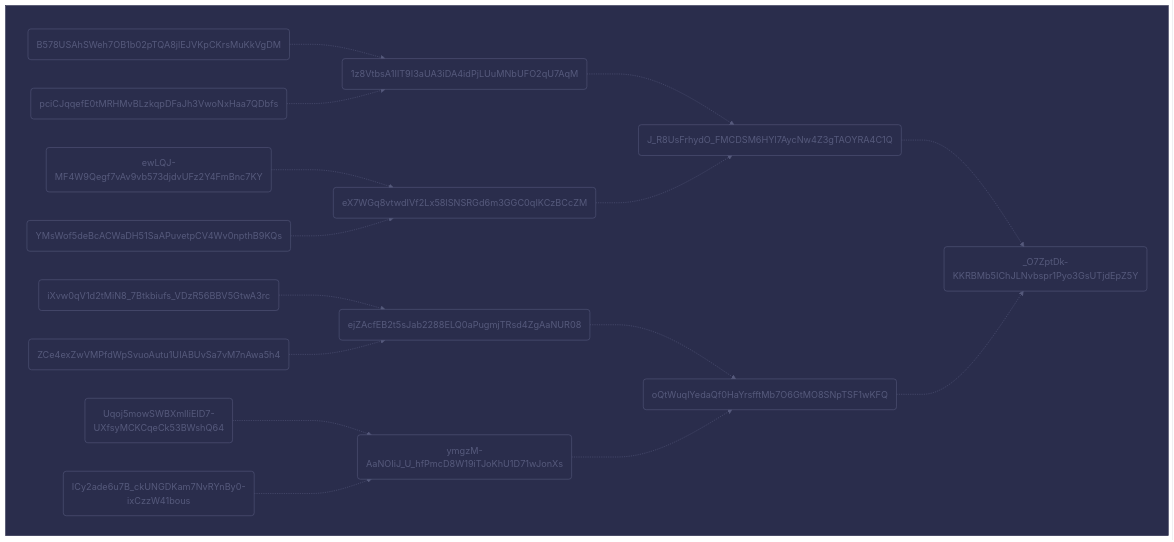
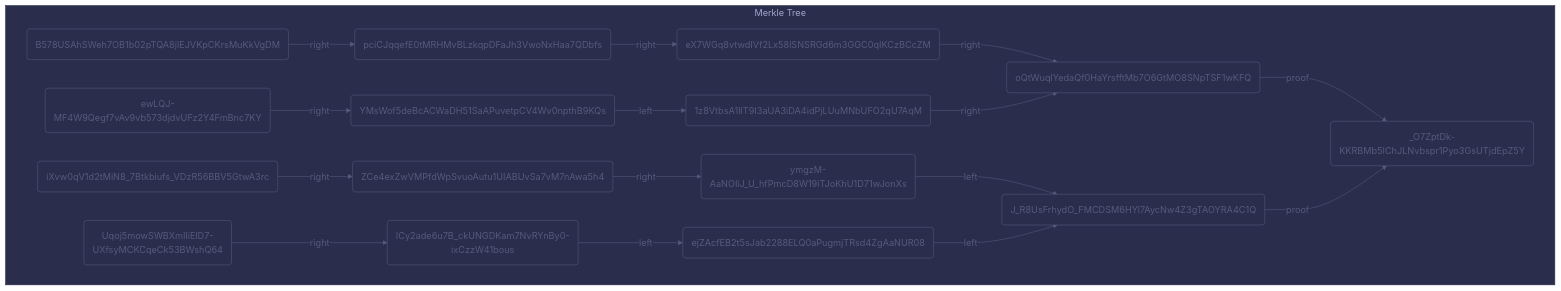
The diagram in packages/merkle-proof/src/mermaid-representation/__tests__/full-tree.mermaid.md (transmute-industries/verifiable-data), drawn with Mermaid before and after one commit. The commit also changed 10 other files, not shown here.

Commit message:
mostly fixed mermaid

````diff
--- a/packages/merkle-proof/src/mermaid-representation/__tests__/full-tree.mermaid.md
+++ b/packages/merkle-proof/src/mermaid-representation/__tests__/full-tree.mermaid.md
@@ -1,52 +1,52 @@
 ```mermaid
 %%{
   init: {
     'flowchart': { 'curve': 'monotoneX' },
     'theme': 'base',
     'themeVariables': {
       'primaryColor': '#2a2d4c',
       'primaryTextColor': '#565a7c',
       'nodeBorder': '#565a7c',
       'edgeLabelBackground': '#2a2d4c',
       'clusterBkg': '#2a2d4c',
       'clusterBorder': '#2a2d4c',
       'lineColor': '#565a7c',
       'fontFamily': 'monospace',
       'darkmode': true
     }
   }
 }%%
 graph LR
-	subgraph &nbsp;
+	subgraph Merkle Tree
 		direction LR
-		fceed9a6d0e4f8a29104c6f92028492cdbdbb29af53f2a371ac5138dd1296796("_O7ZptDk-KKRBMb5IChJLNvbspr1Pyo3GsUTjdEpZ5Y") 
-		27f47c52c16b87274efc53020d233a1d897b03270dc3867781300e6110380b54("J_R8UsFrhydO_FMCDSM6HYl7AycNw4Z3gTAOYRA4C1Q") 
-		a10b56baa95879d6907f41da62bb1f7ed31becee86b4c3bc48da53485d702854("oQtWuqlYedaQf0HaYrsfftMb7O6GtMO8SNpTSF1wKFQ") 
-		d73f15b5bb00d48953f48dda500de20c0e2274f8cb52e30d6d414edaa53b02a3("1z8VtbsA1IlT9I3aUA3iDA4idPjLUuMNbUFO2qU7AqM") 
-		797ed61aaf2fb7074855fd8bc79f2548d49119dea6dc6182d2a20a0b30427193("eX7WGq8vtwdIVf2Lx58lSNSRGd6m3GGC0qIKCzBCcZM") 
-		7a364071f101dade6c25a6f6dbcf042d0d1a3ee8268d346c77866001a354474f("ejZAcfEB2t5sJab2288ELQ0aPugmjTRsd4ZgAaNUR08") 
-		ca683333e01a34e22227f53f85f3e6703f16d7d8932682a15350fbd702689d7b("ymgzM-AaNOIiJ_U_hfPmcD8W19iTJoKhU1D71wJonXs") 
-		079efc5120214967a1ece0756f4da94d003c8e510954aa422abb0cb8a9158033("B578USAhSWeh7OB1b02pTQA8jlEJVKpCKrsMuKkVgDM") 
-		a5c88226aa9e7c4d2d3111ccbc12f392aa4315a261dd5c283711da6bb4036dfb("pciCJqqefE0tMRHMvBLzkqpDFaJh3VwoNxHaa7QDbfs") 
-		7b02d027e305e16f507a07fbbc0bfdbdbe7bddd8ddbd4173d98e059819dceca6("ewLQJ-MF4W9Qegf7vAv9vb573djdvUFz2Y4FmBnc7KY") 
-		60cb16a1fe5d7817000966831f9d526803eebdeb69095e16bf49e9b6107d290b("YMsWof5deBcACWaDH51SaAPuvetpCV4Wv0npthB9KQs") 
-		897bf0d2a575776b4c88df3fec1b646e2b9fb3f543cd1e7a0415791adc00deb7("iXvw0qV1d2tMiN8_7Btkbiufs_VDzR56BBV5GtwA3rc") 
-		6427b87b167054c3df756a52beea00badbb550800152f49aeef33b9c0c1ae61e("ZCe4exZwVMPfdWpSvuoAutu1UIABUvSa7vM7nAwa5h4") 
-		52aa23e66a304960579889621250fbf945dfb32302282a9e0a4e77056b2143ae("Uqoj5mowSWBXmIliElD7-UXfsyMCKCqeCk53BWshQ64") 
-		202cb669d7babbb07f72450d18329a9bb36f4589c1cb4fa2c42cf35b8d5ba2eb("ICy2ade6u7B_ckUNGDKam7NvRYnBy0-ixCzzW41bous") 
-		27f47c52c16b87274efc53020d233a1d897b03270dc3867781300e6110380b54 -.-> fceed9a6d0e4f8a29104c6f92028492cdbdbb29af53f2a371ac5138dd1296796
-		a10b56baa95879d6907f41da62bb1f7ed31becee86b4c3bc48da53485d702854 -.-> fceed9a6d0e4f8a29104c6f92028492cdbdbb29af53f2a371ac5138dd1296796
-		d73f15b5bb00d48953f48dda500de20c0e2274f8cb52e30d6d414edaa53b02a3 -.-> 27f47c52c16b87274efc53020d233a1d897b03270dc3867781300e6110380b54
-		797ed61aaf2fb7074855fd8bc79f2548d49119dea6dc6182d2a20a0b30427193 -.-> 27f47c52c16b87274efc53020d233a1d897b03270dc3867781300e6110380b54
-		7a364071f101dade6c25a6f6dbcf042d0d1a3ee8268d346c77866001a354474f -.-> a10b56baa95879d6907f41da62bb1f7ed31becee86b4c3bc48da53485d702854
-		ca683333e01a34e22227f53f85f3e6703f16d7d8932682a15350fbd702689d7b -.-> a10b56baa95879d6907f41da62bb1f7ed31becee86b4c3bc48da53485d702854
-		079efc5120214967a1ece0756f4da94d003c8e510954aa422abb0cb8a9158033 -.-> d73f15b5bb00d48953f48dda500de20c0e2274f8cb52e30d6d414edaa53b02a3
-		a5c88226aa9e7c4d2d3111ccbc12f392aa4315a261dd5c283711da6bb4036dfb -.-> d73f15b5bb00d48953f48dda500de20c0e2274f8cb52e30d6d414edaa53b02a3
-		7b02d027e305e16f507a07fbbc0bfdbdbe7bddd8ddbd4173d98e059819dceca6 -.-> 797ed61aaf2fb7074855fd8bc79f2548d49119dea6dc6182d2a20a0b30427193
-		60cb16a1fe5d7817000966831f9d526803eebdeb69095e16bf49e9b6107d290b -.-> 797ed61aaf2fb7074855fd8bc79f2548d49119dea6dc6182d2a20a0b30427193
-		897bf0d2a575776b4c88df3fec1b646e2b9fb3f543cd1e7a0415791adc00deb7 -.-> 7a364071f101dade6c25a6f6dbcf042d0d1a3ee8268d346c77866001a354474f
-		6427b87b167054c3df756a52beea00badbb550800152f49aeef33b9c0c1ae61e -.-> 7a364071f101dade6c25a6f6dbcf042d0d1a3ee8268d346c77866001a354474f
-		52aa23e66a304960579889621250fbf945dfb32302282a9e0a4e77056b2143ae -.-> ca683333e01a34e22227f53f85f3e6703f16d7d8932682a15350fbd702689d7b
-		202cb669d7babbb07f72450d18329a9bb36f4589c1cb4fa2c42cf35b8d5ba2eb -.-> ca683333e01a34e22227f53f85f3e6703f16d7d8932682a15350fbd702689d7b
+		_O7ZptDk-KKRBMb5IChJLNvbspr1Pyo3GsUTjdEpZ5Y("_O7ZptDk-KKRBMb5IChJLNvbspr1Pyo3GsUTjdEpZ5Y") 
+		B578USAhSWeh7OB1b02pTQA8jlEJVKpCKrsMuKkVgDM("B578USAhSWeh7OB1b02pTQA8jlEJVKpCKrsMuKkVgDM") 
+		pciCJqqefE0tMRHMvBLzkqpDFaJh3VwoNxHaa7QDbfs("pciCJqqefE0tMRHMvBLzkqpDFaJh3VwoNxHaa7QDbfs") 
+		eX7WGq8vtwdIVf2Lx58lSNSRGd6m3GGC0qIKCzBCcZM("eX7WGq8vtwdIVf2Lx58lSNSRGd6m3GGC0qIKCzBCcZM") 
+		oQtWuqlYedaQf0HaYrsfftMb7O6GtMO8SNpTSF1wKFQ("oQtWuqlYedaQf0HaYrsfftMb7O6GtMO8SNpTSF1wKFQ") 
+		ewLQJ-MF4W9Qegf7vAv9vb573djdvUFz2Y4FmBnc7KY("ewLQJ-MF4W9Qegf7vAv9vb573djdvUFz2Y4FmBnc7KY") 
+		YMsWof5deBcACWaDH51SaAPuvetpCV4Wv0npthB9KQs("YMsWof5deBcACWaDH51SaAPuvetpCV4Wv0npthB9KQs") 
+		1z8VtbsA1IlT9I3aUA3iDA4idPjLUuMNbUFO2qU7AqM("1z8VtbsA1IlT9I3aUA3iDA4idPjLUuMNbUFO2qU7AqM") 
+		iXvw0qV1d2tMiN8_7Btkbiufs_VDzR56BBV5GtwA3rc("iXvw0qV1d2tMiN8_7Btkbiufs_VDzR56BBV5GtwA3rc") 
+		ZCe4exZwVMPfdWpSvuoAutu1UIABUvSa7vM7nAwa5h4("ZCe4exZwVMPfdWpSvuoAutu1UIABUvSa7vM7nAwa5h4") 
+		ymgzM-AaNOIiJ_U_hfPmcD8W19iTJoKhU1D71wJonXs("ymgzM-AaNOIiJ_U_hfPmcD8W19iTJoKhU1D71wJonXs") 
+		J_R8UsFrhydO_FMCDSM6HYl7AycNw4Z3gTAOYRA4C1Q("J_R8UsFrhydO_FMCDSM6HYl7AycNw4Z3gTAOYRA4C1Q") 
+		Uqoj5mowSWBXmIliElD7-UXfsyMCKCqeCk53BWshQ64("Uqoj5mowSWBXmIliElD7-UXfsyMCKCqeCk53BWshQ64") 
+		ICy2ade6u7B_ckUNGDKam7NvRYnBy0-ixCzzW41bous("ICy2ade6u7B_ckUNGDKam7NvRYnBy0-ixCzzW41bous") 
+		ejZAcfEB2t5sJab2288ELQ0aPugmjTRsd4ZgAaNUR08("ejZAcfEB2t5sJab2288ELQ0aPugmjTRsd4ZgAaNUR08") 
+		B578USAhSWeh7OB1b02pTQA8jlEJVKpCKrsMuKkVgDM -- right --> pciCJqqefE0tMRHMvBLzkqpDFaJh3VwoNxHaa7QDbfs
+		pciCJqqefE0tMRHMvBLzkqpDFaJh3VwoNxHaa7QDbfs -- right --> eX7WGq8vtwdIVf2Lx58lSNSRGd6m3GGC0qIKCzBCcZM
+		eX7WGq8vtwdIVf2Lx58lSNSRGd6m3GGC0qIKCzBCcZM -- right --> oQtWuqlYedaQf0HaYrsfftMb7O6GtMO8SNpTSF1wKFQ
+		oQtWuqlYedaQf0HaYrsfftMb7O6GtMO8SNpTSF1wKFQ -- proof --> _O7ZptDk-KKRBMb5IChJLNvbspr1Pyo3GsUTjdEpZ5Y
+		ewLQJ-MF4W9Qegf7vAv9vb573djdvUFz2Y4FmBnc7KY -- right --> YMsWof5deBcACWaDH51SaAPuvetpCV4Wv0npthB9KQs
+		YMsWof5deBcACWaDH51SaAPuvetpCV4Wv0npthB9KQs -- left --> 1z8VtbsA1IlT9I3aUA3iDA4idPjLUuMNbUFO2qU7AqM
+		1z8VtbsA1IlT9I3aUA3iDA4idPjLUuMNbUFO2qU7AqM -- right --> oQtWuqlYedaQf0HaYrsfftMb7O6GtMO8SNpTSF1wKFQ
+		iXvw0qV1d2tMiN8_7Btkbiufs_VDzR56BBV5GtwA3rc -- right --> ZCe4exZwVMPfdWpSvuoAutu1UIABUvSa7vM7nAwa5h4
+		ZCe4exZwVMPfdWpSvuoAutu1UIABUvSa7vM7nAwa5h4 -- right --> ymgzM-AaNOIiJ_U_hfPmcD8W19iTJoKhU1D71wJonXs
+		ymgzM-AaNOIiJ_U_hfPmcD8W19iTJoKhU1D71wJonXs -- left --> J_R8UsFrhydO_FMCDSM6HYl7AycNw4Z3gTAOYRA4C1Q
+		J_R8UsFrhydO_FMCDSM6HYl7AycNw4Z3gTAOYRA4C1Q -- proof --> _O7ZptDk-KKRBMb5IChJLNvbspr1Pyo3GsUTjdEpZ5Y
+		Uqoj5mowSWBXmIliElD7-UXfsyMCKCqeCk53BWshQ64 -- right --> ICy2ade6u7B_ckUNGDKam7NvRYnBy0-ixCzzW41bous
+		ICy2ade6u7B_ckUNGDKam7NvRYnBy0-ixCzzW41bous -- left --> ejZAcfEB2t5sJab2288ELQ0aPugmjTRsd4ZgAaNUR08
+		ejZAcfEB2t5sJab2288ELQ0aPugmjTRsd4ZgAaNUR08 -- left --> J_R8UsFrhydO_FMCDSM6HYl7AycNw4Z3gTAOYRA4C1Q
 	end
 ```
````
